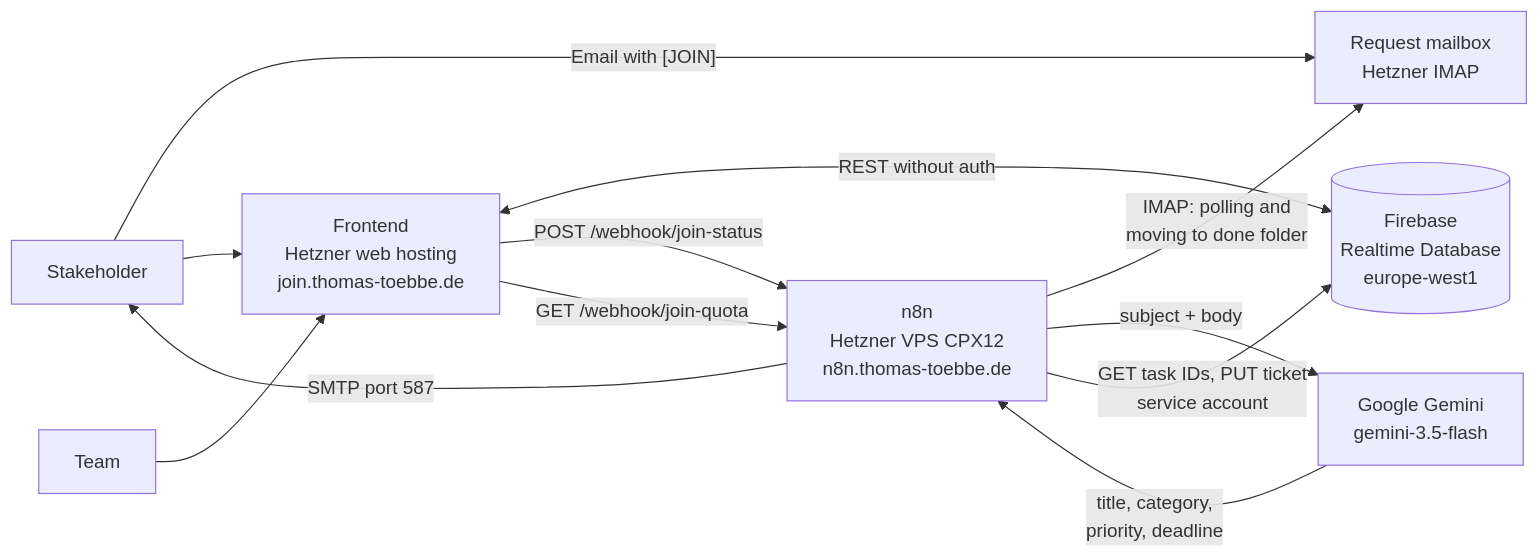
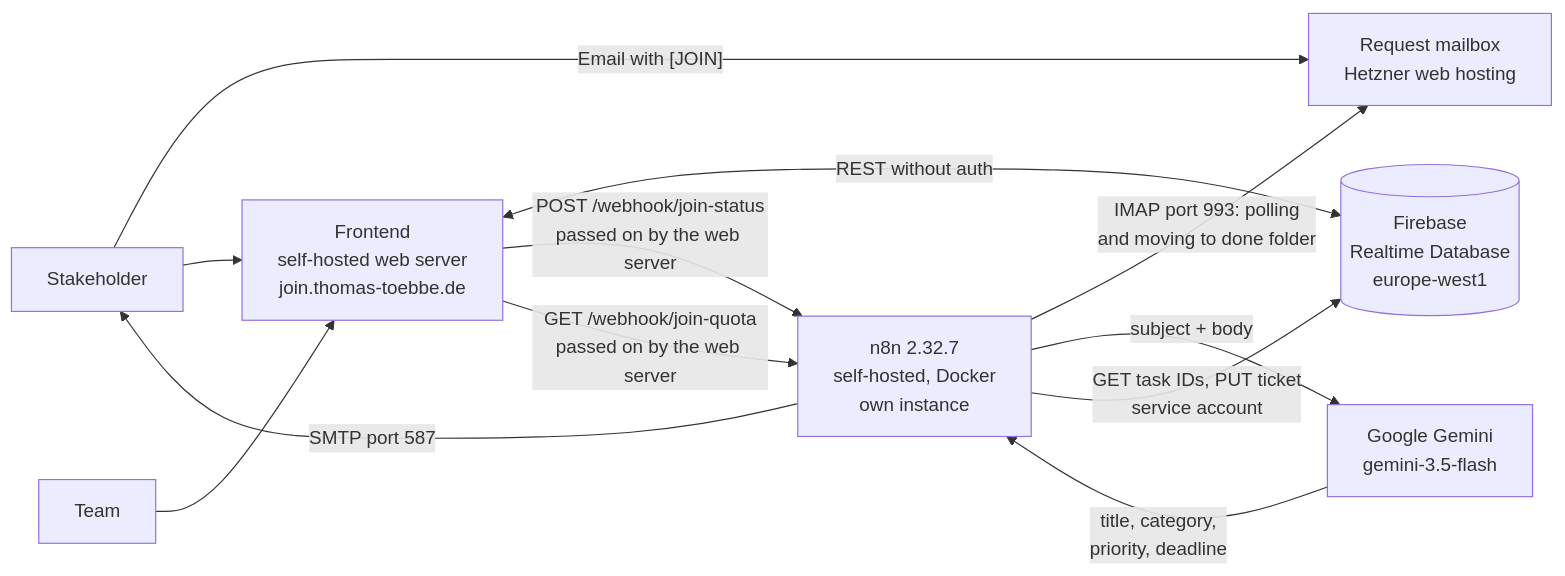
One commit to ttoebbe/039_JoinIssueCollector changed the first of 2 diagrams in README.md. Above: the diagram before and after it, drawn with Mermaid. The commit also changed other lines of this file and 3 other files, not shown here.

Commit message:
docs: describe own n8n instance and server deploy

````diff
--- a/README.md
+++ b/README.md
@@ -66,22 +66,22 @@
 ```mermaid
 flowchart LR
     SH["Stakeholder"]
-    MB["Request mailbox<br/>Hetzner IMAP"]
-    N8N["n8n<br/>Hetzner VPS CPX12<br/>n8n.thomas-toebbe.de"]
+    MB["Request mailbox<br/>Hetzner web hosting"]
+    N8N["n8n 2.32.7<br/>self-hosted, Docker<br/>own instance"]
     GEM["Google Gemini<br/>gemini-3.5-flash"]
     FB[("Firebase<br/>Realtime Database<br/>europe-west1")]
-    FE["Frontend<br/>Hetzner web hosting<br/>join.thomas-toebbe.de"]
+    FE["Frontend<br/>self-hosted web server<br/>join.thomas-toebbe.de"]
     TM["Team"]
 
     SH -->|"Email with [JOIN]"| MB
     SH --> FE
     TM --> FE
-    N8N -->|"IMAP: polling and<br/>moving to done folder"| MB
+    N8N -->|"IMAP port 993: polling<br/>and moving to done folder"| MB
     N8N -->|"subject + body"| GEM
     GEM -->|"title, category,<br/>priority, deadline"| N8N
     N8N -->|"GET task IDs, PUT ticket<br/>service account"| FB
     N8N -->|"SMTP port 587"| SH
     FE <-->|"REST without auth"| FB
-    FE -->|"POST /webhook/join-status"| N8N
-    FE -->|"GET /webhook/join-quota"| N8N
+    FE -->|"POST /webhook/join-status<br/>passed on by the web server"| N8N
+    FE -->|"GET /webhook/join-quota<br/>passed on by the web server"| N8N
 ```
````
